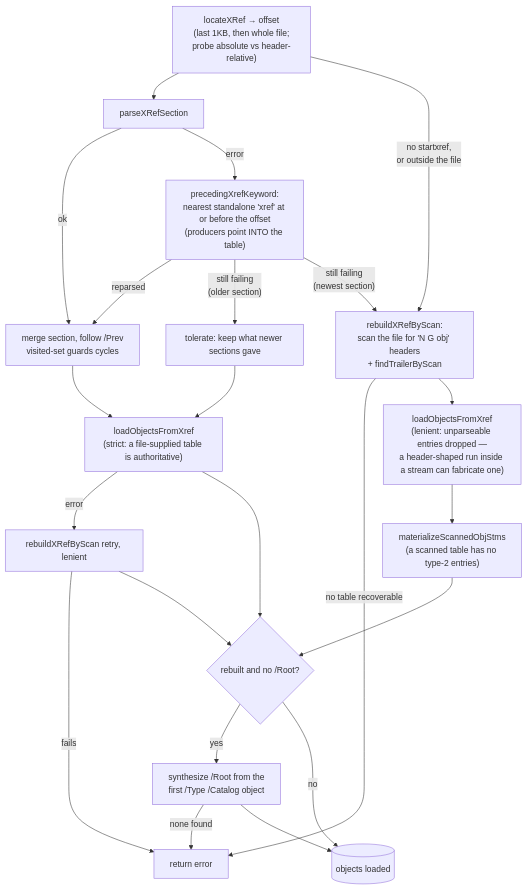
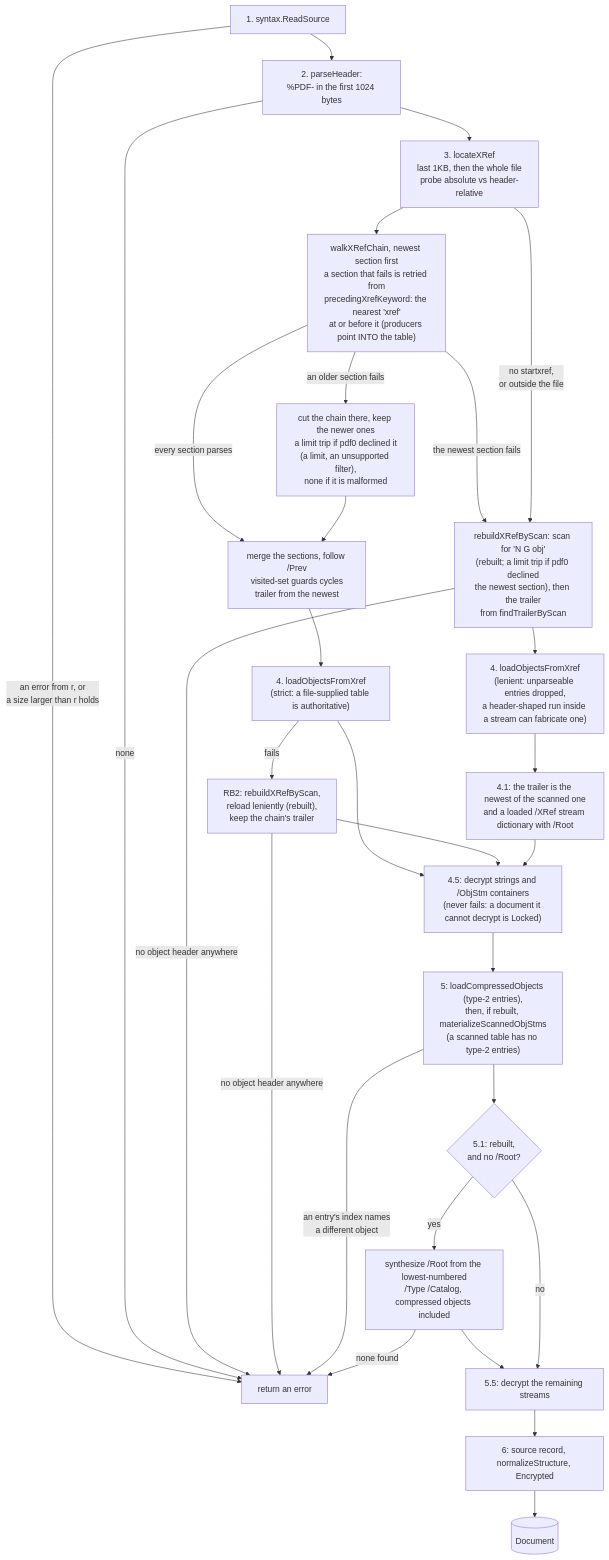
The fourth of 5 diagrams in docs/architecture.md (mgilbir/pdf0), drawn with Mermaid before and after one commit. The commit also changed other lines of this file and 1 other file, not shown here.

First line of the commit message:
architecture: redraw the recovery ladder and Write as the code runs them; lifecycle and dependency diagrams; limits and cancellation become pointers (docs audit 2026-10-11 D4, D21, D46, D55, D41, D22)

````diff
--- a/docs/architecture.md
+++ b/docs/architecture.md
@@ -201,27 +286,33 @@
 ```mermaid
 flowchart TD
-    ST["locateXRef → offset<br/>(last 1KB, then whole file;<br/>probe absolute vs header-relative)"] --> PS[parseXRefSection]
-    ST -->|"no startxref,<br/>or outside the file"| RB
-    PS -->|ok| MERGE["merge section, follow /Prev<br/>visited-set guards cycles"]
-    PS -->|error| PK["precedingXrefKeyword:<br/>nearest standalone 'xref' at or before the offset<br/>(producers point INTO the table)"]
-    PK -->|reparsed| MERGE
-    PK -->|"still failing<br/>(older section)"| TOL[tolerate: keep what newer sections gave]
-    PK -->|"still failing<br/>(newest section)"| RB["rebuildXRefByScan:<br/>scan the file for 'N G obj' headers<br/>+ findTrailerByScan"]
-    RB -->|no table recoverable| ERR[return error]
+    SRC["1. syntax.ReadSource"] -->|"an error from r, or<br/>a size larger than r holds"| ERR[return an error]
+    SRC --> HDR["2. parseHeader:<br/>%PDF- in the first 1024 bytes"]
+    HDR -->|none| ERR
+    HDR --> LX["3. locateXRef<br/>last 1KB, then the whole file<br/>probe absolute vs header-relative"]
+    LX --> WALK["walkXRefChain, newest section first<br/>a section that fails is retried from<br/>precedingXrefKeyword: the nearest 'xref'<br/>at or before it (producers point INTO the table)"]
+    WALK -->|every section parses| MERGE["merge the sections, follow /Prev<br/>visited-set guards cycles<br/>trailer from the newest"]
+    WALK -->|an older section fails| CUT["cut the chain there, keep the newer ones<br/>a limit trip if pdf0 declined it<br/>(a limit, an unsupported filter),<br/>none if it is malformed"]
+    CUT --> MERGE
+    WALK -->|the newest section fails| RB
+    LX -->|"no startxref,<br/>or outside the file"| RB["rebuildXRefByScan: scan for 'N G obj'<br/>(rebuilt; a limit trip if pdf0 declined<br/>the newest section), then the trailer<br/>from findTrailerByScan"]
+    RB -->|no object header anywhere| ERR
 
-    MERGE --> LOAD["loadObjectsFromXref<br/>(strict: a file-supplied table is authoritative)"]
-    TOL --> LOAD
-    RB --> LOADL["loadObjectsFromXref<br/>(lenient: unparseable entries dropped —<br/>a header-shaped run inside a stream can fabricate one)"]
+    MERGE --> LOAD["4. loadObjectsFromXref<br/>(strict: a file-supplied table is authoritative)"]
+    RB --> LOADL["4. loadObjectsFromXref<br/>(lenient: unparseable entries dropped,<br/>a header-shaped run inside a stream can fabricate one)"]
+    LOAD -->|fails| RB2["RB2: rebuildXRefByScan,<br/>reload leniently (rebuilt),<br/>keep the chain's trailer"]
+    RB2 -->|no object header anywhere| ERR
+    LOADL --> T41["4.1: the trailer is the newest of the scanned one<br/>and a loaded /XRef stream dictionary with /Root"]
 
-    LOAD -->|error| RB2[rebuildXRefByScan retry, lenient]
-    RB2 -->|fails| ERR
-    RB2 --> ROOT
-    LOAD --> ROOT
-    LOADL --> OBJSTM["materializeScannedObjStms<br/>(a scanned table has no type-2 entries)"]
-    OBJSTM --> ROOT{rebuilt and no /Root?}
-
-    ROOT -->|yes| SYN["synthesize /Root from the<br/>first /Type /Catalog object"]
+    LOAD --> DEC["4.5: decrypt strings and /ObjStm containers<br/>(never fails: a document it cannot decrypt is Locked)"]
+    RB2 --> DEC
+    T41 --> DEC
+    DEC --> OBJSTM["5: loadCompressedObjects (type-2 entries),<br/>then, if rebuilt, materializeScannedObjStms<br/>(a scanned table has no type-2 entries)"]
+    OBJSTM -->|"an entry's index names<br/>a different object"| ERR
+    OBJSTM --> ROOT{"5.1: rebuilt,<br/>and no /Root?"}
+    ROOT -->|yes| SYN["synthesize /Root from the lowest-numbered<br/>/Type /Catalog, compressed objects included"]
     SYN -->|none found| ERR
-    ROOT -->|no| OK[(objects loaded)]
-    SYN --> OK
+    SYN --> DEC2
+    ROOT -->|no| DEC2["5.5: decrypt the remaining streams"]
+    DEC2 --> FIN["6: source record, normalizeStructure, Encrypted"]
+    FIN --> OK[(Document)]
 ```
````
